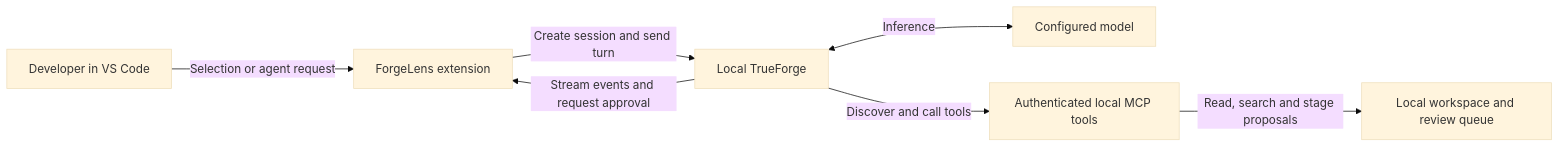
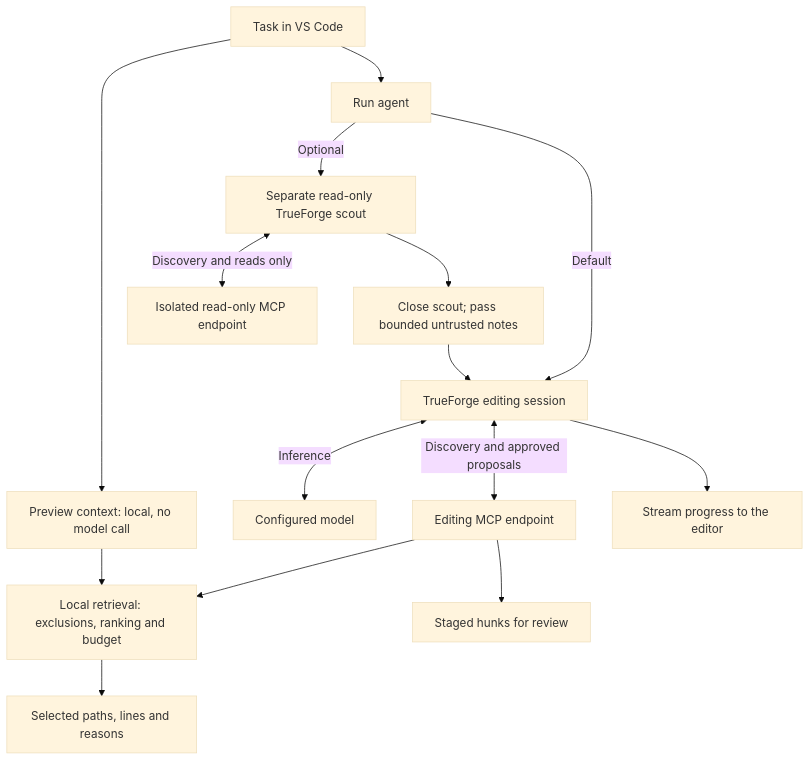
Before and after one commit to aceholland/forgelens: the first of 2 diagrams in README.md, drawn with Mermaid (base theme). The commit also changed other lines of this file and 1 other file, not shown here.

Commit message:
Document the verified preview and wait for the native panel in desktop checks

````diff
--- a/README.md
+++ b/README.md
@@ -48,9 +48,17 @@
 ```mermaid
-flowchart LR
-    User["Developer in VS Code"] -->|Selection or agent request| Editor["ForgeLens extension"]
-    Editor -->|Create session and send turn| Forge["Local TrueForge"]
-    Forge <-->|Inference| Model["Configured model"]
-    Forge -->|Discover and call tools| Tools["Authenticated local MCP tools"]
-    Tools -->|Read, search and stage proposals| Workspace["Local workspace and review queue"]
-    Forge -->|Stream events and request approval| Editor
+flowchart TD
+    User["Task in VS Code"] --> Preview["Preview context: local, no model call"]
+    Preview --> Retrieval["Local retrieval: exclusions, ranking and budget"]
+    Retrieval --> Evidence["Selected paths, lines and reasons"]
+    User --> Run["Run agent"]
+    Run -->|Optional| Scout["Separate read-only TrueForge scout"]
+    Scout <-->|Discovery and reads only| ReadTools["Isolated read-only MCP endpoint"]
+    Scout --> Notes["Close scout; pass bounded untrusted notes"]
+    Run -->|Default| Parent["TrueForge editing session"]
+    Notes --> Parent
+    Parent <-->|Inference| Model["Configured model"]
+    Parent <-->|Discovery and approved proposals| Tools["Editing MCP endpoint"]
+    Tools --> Retrieval
+    Tools --> Queue["Staged hunks for review"]
+    Parent --> Events["Stream progress to the editor"]
 ```
````
